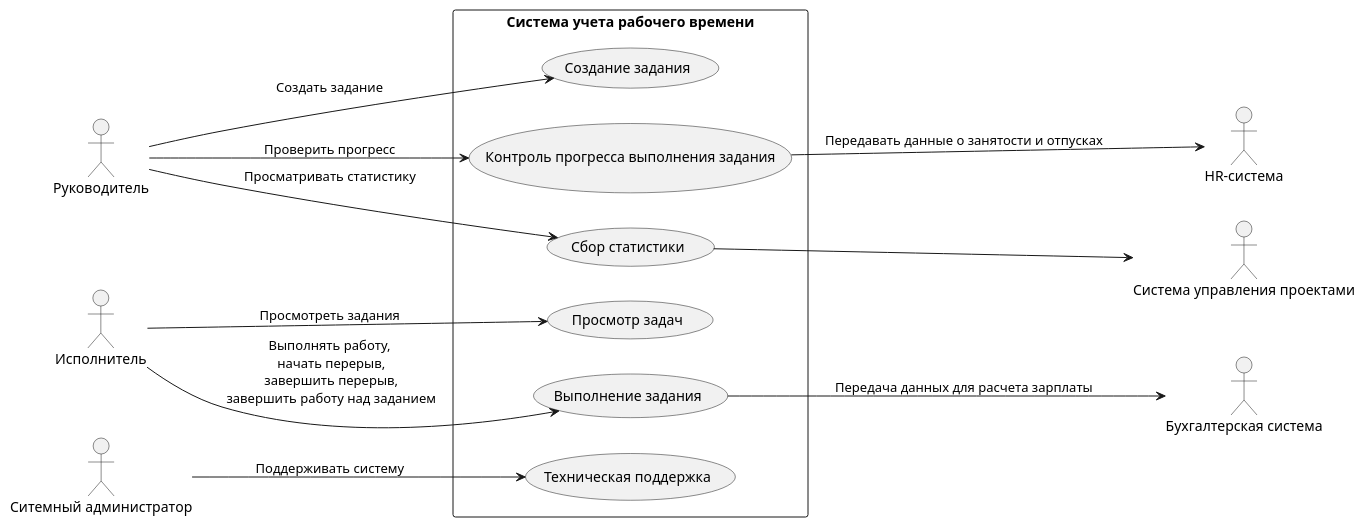
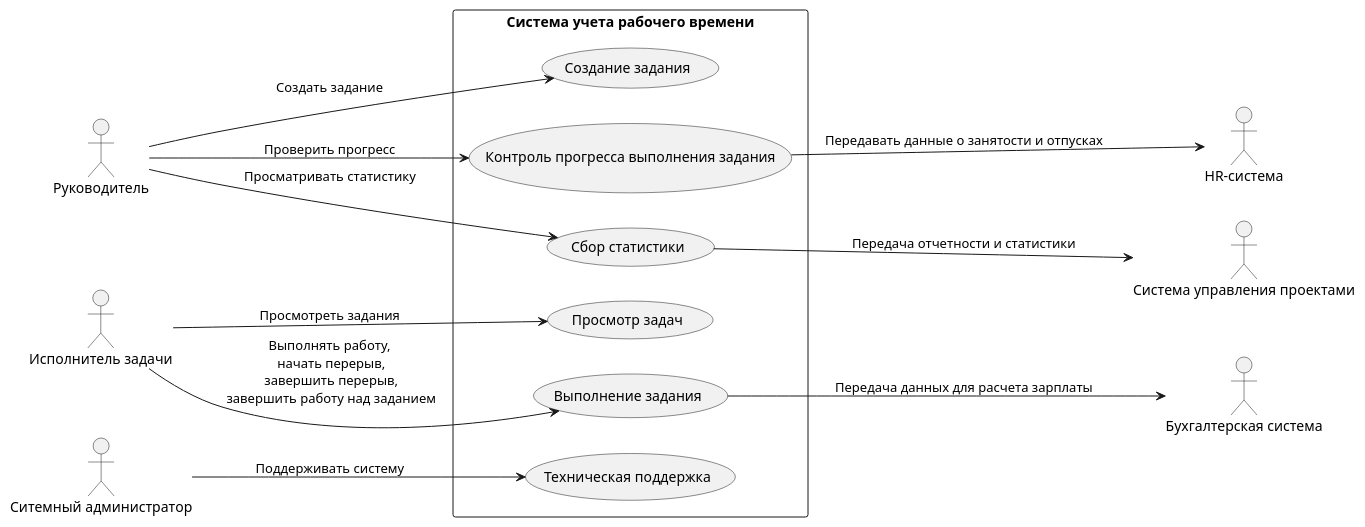
One commit to penamarth/bsbo-01-22_team5_var7 changed the diagram in Прецеденты/Диаграмма прецедентов.wsd. Above: the diagram before and after it, drawn with PlantUML.

Commit message:
Update Диаграмма прецедентов.wsd

```diff
--- a/Прецеденты/Диаграмма прецедентов.wsd
+++ b/Прецеденты/Диаграмма прецедентов.wsd
@@ -1,32 +1,31 @@
 @startuml
 left to right direction
 actor "Руководитель" as Manager
-actor "Исполнитель" as Worker
+actor "Исполнитель задачи" as Worker
 actor "Ситемный администратор" as SystemsAdministrator
 actor "HR" as HR
 
 rectangle "Система учета рабочего времени" {
     usecase "Создание задания" as UC1
     usecase "Просмотр задач" as UC2
     usecase "Контроль прогресса выполнения задания" as UC3
     usecase "Выполнение задания" as UC4
     usecase "Техническая поддержка" as UC5
-    usecase "Сбор статистики" as UC6
-    
+    usecase "Сбор статистики" as UC6   
 }
 Manager --> UC6: Просматривать статистику
 Manager --> UC1 : Создать задание
 Worker --> UC2 : Просмотреть задания
 Manager --> UC3 : Проверить прогресс
 Worker --> UC4 : Выполнять работу,\n начать перерыв,\n завершить перерыв,\n завершить работу над заданием
 SystemsAdministrator --> UC5 : Поддерживать систему
 
 actor "Система управления проектами" as PMS
 actor "Бухгалтерская система" as Accounting
 actor "HR-система" as HR
 
 UC4 --> Accounting : Передача данных для расчета зарплаты
-UC6 --> PMS
+UC6 --> PMS : Передача отчетности и статистики
 UC3 --> HR : Передавать данные о занятости и отпусках
 
 @enduml
```
